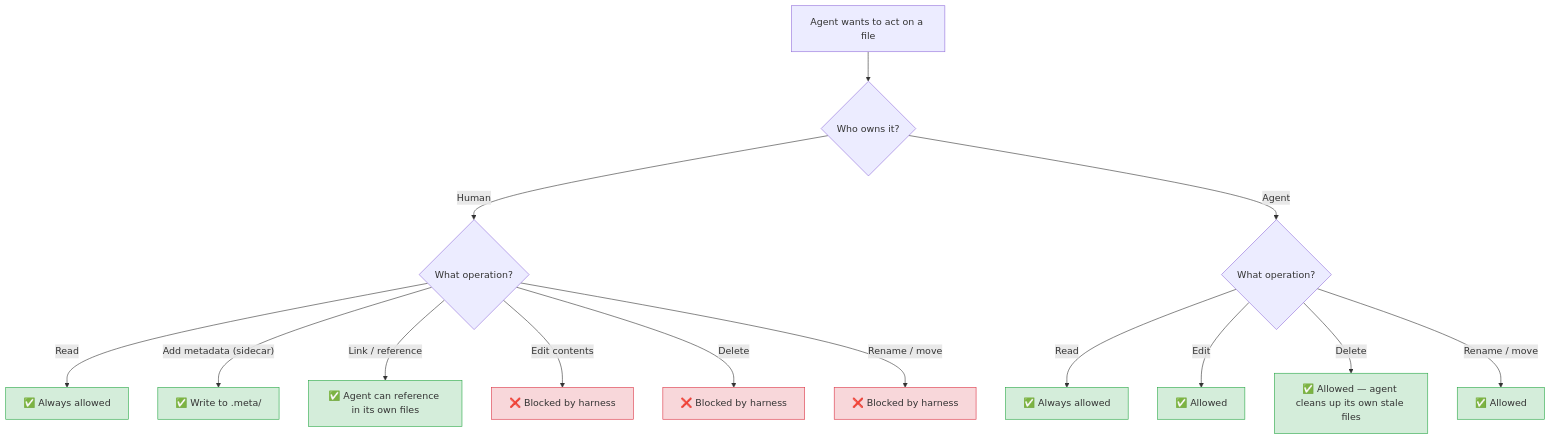
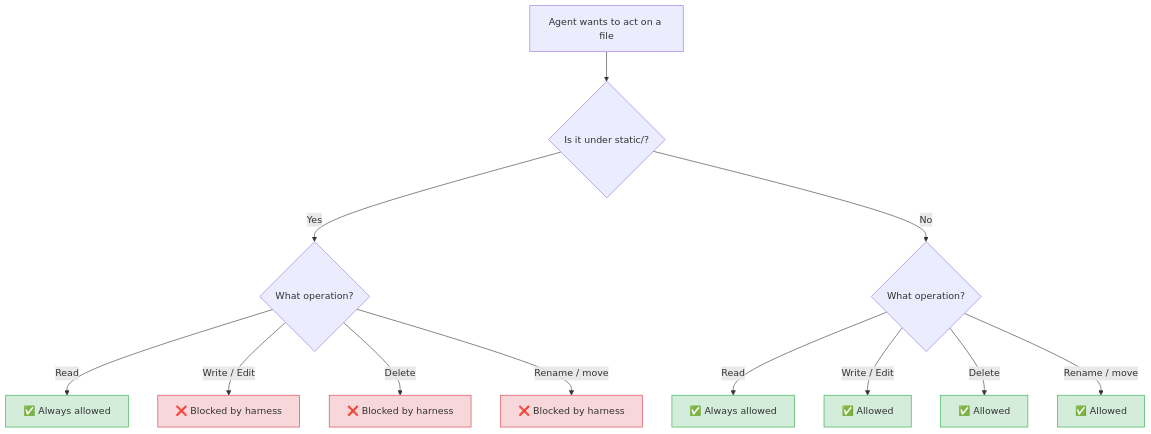
One commit to allofher/carson changed the first of 3 diagrams in BRAIN.md. Above: the diagram before and after it, drawn with Mermaid. The commit also changed other lines of this file and 17 other files, not shown here.

````diff
--- a/BRAIN.md
+++ b/BRAIN.md
@@ -86,29 +16,25 @@
 ```mermaid
 flowchart TD
-    A[Agent wants to act on a file] --> B{Who owns it?}
+    A[Agent wants to act on a file] --> B{"Is it under static/?"}
 
-    B -->|Human| C{What operation?}
+    B -->|Yes| C{What operation?}
     C -->|Read| D[✅ Always allowed]
-    C -->|"Add metadata (sidecar)"| E["✅ Write to .meta/<path>.meta.json"]
-    C -->|"Link / reference"| F[✅ Agent can reference in its own files]
-    C -->|Edit contents| G[❌ Blocked by harness]
-    C -->|Delete| H[❌ Blocked by harness]
-    C -->|Rename / move| I[❌ Blocked by harness]
+    C -->|Write / Edit| E[❌ Blocked by harness]
+    C -->|Delete| F[❌ Blocked by harness]
+    C -->|Rename / move| G[❌ Blocked by harness]
 
-    B -->|Agent| J{What operation?}
-    J -->|Read| K[✅ Always allowed]
-    J -->|Edit| L[✅ Allowed]
-    J -->|Delete| M[✅ Allowed — agent cleans up its own stale files]
-    J -->|Rename / move| N[✅ Allowed]
+    B -->|No| H{What operation?}
+    H -->|Read| I[✅ Always allowed]
+    H -->|Write / Edit| J[✅ Allowed]
+    H -->|Delete| K[✅ Allowed]
+    H -->|Rename / move| L[✅ Allowed]
 
+    style E fill:#f8d7da,stroke:#dc3545
+    style F fill:#f8d7da,stroke:#dc3545
     style G fill:#f8d7da,stroke:#dc3545
-    style H fill:#f8d7da,stroke:#dc3545
-    style I fill:#f8d7da,stroke:#dc3545
     style D fill:#d4edda,stroke:#28a745
-    style E fill:#d4edda,stroke:#28a745
-    style F fill:#d4edda,stroke:#28a745
+    style I fill:#d4edda,stroke:#28a745
+    style J fill:#d4edda,stroke:#28a745
     style K fill:#d4edda,stroke:#28a745
     style L fill:#d4edda,stroke:#28a745
-    style M fill:#d4edda,stroke:#28a745
-    style N fill:#d4edda,stroke:#28a745
 ```
````
